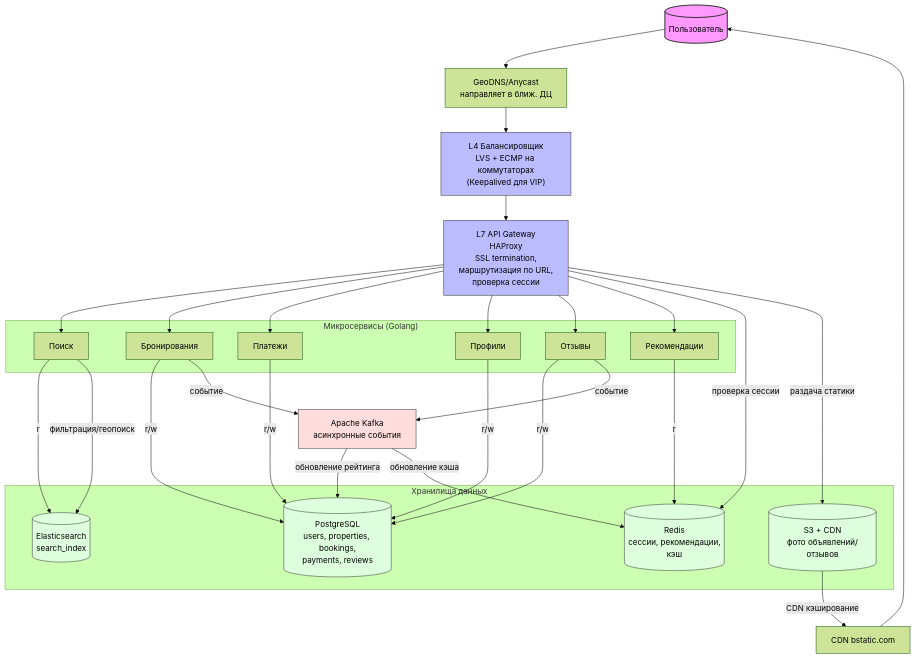
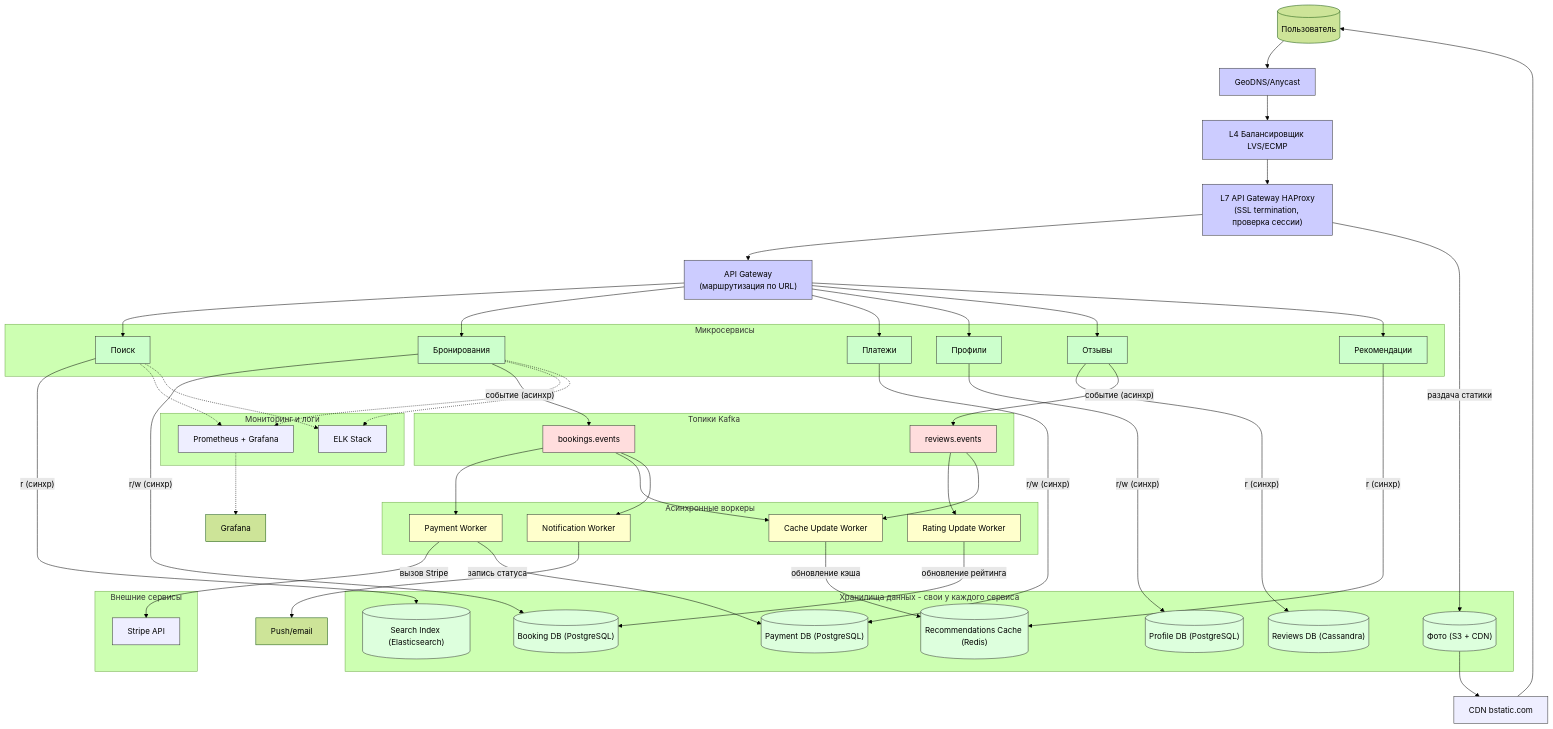
The third of 3 diagrams in README.md (1maryam2/vk_education_highload), drawn with Mermaid (forest theme) before and after one commit.

````diff
--- a/README.md
+++ b/README.md
@@ -727,62 +727,104 @@
 ```mermaid
 graph TD
     User[("Пользователь")]
-    GeoDNS["GeoDNS/Anycast<br>направляет в ближ. ДЦ"]
-    L4Balancer["L4 Балансировщик<br>LVS + ECMP на коммутаторах<br>(Keepalived для VIP)"]
-    L7Gateway["L7 API Gateway<br>HAProxy<br>SSL termination,<br> маршрутизация по URL,<br> проверка сессии"]
-    
-    subgraph "Микросервисы (Golang)"
-        SearchSvc[Поиск]
-        BookingSvc[Бронирования]
-        PaymentSvc[Платежи]
-        ProfileSvc[Профили]
-        ReviewSvc[Отзывы]
-        RecSvc[Рекомендации]
+    GeoDNS["GeoDNS/Anycast"]
+    L4Balancer["L4 Балансировщик LVS/ECMP"]
+    HAProxy["L7 API Gateway HAProxy<br>(SSL termination, проверка сессии)"]
+    ApiGateway["API Gateway<br>(маршрутизация по URL)"]
+
+    subgraph Microservices[Микросервисы]
+        SearchSvc["Поиск"]
+        BookingSvc["Бронирования"]
+        PaymentSvc["Платежи"]
+        ProfileSvc["Профили"]
+        ReviewSvc["Отзывы"]
+        RecSvc["Рекомендации"]
     end
 
-    subgraph "Хранилища данных"
-        Pg[(PostgreSQL<br>users, properties, bookings,<br>payments, reviews)]
-        Es[(Elasticsearch<br>search_index)]
-        Redis[(Redis<br>сессии, рекомендации,<br> кэш)]
-        S3[(S3 + CDN<br>фото объявлений/отзывов)]
+    subgraph Workers[Асинхронные воркеры]
+        RatingWorker["Rating Update Worker"]
+        PaymentWorker["Payment Worker"]
+        CacheWorker["Cache Update Worker"]
+        NotificationWorker["Notification Worker"]
     end
 
-    Kafka[Apache Kafka<br>асинхронные события]
+    subgraph KafkaTopics[Топики Kafka]
+        TopicReviews["reviews.events"]
+        TopicBookings["bookings.events"]
+    end
 
-    User --> GeoDNS
-    GeoDNS --> L4Balancer
-    L4Balancer --> L7Gateway
-    L7Gateway --> SearchSvc
-    L7Gateway --> BookingSvc
-    L7Gateway --> PaymentSvc
-    L7Gateway --> ProfileSvc
-    L7Gateway --> ReviewSvc
-    L7Gateway --> RecSvc
+    subgraph External[Внешние сервисы]
+        Stripe["Stripe API"]
+    end
 
-    SearchSvc -- r --> Es
-    BookingSvc -- r/w --> Pg
-    PaymentSvc -- r/w --> Pg
-    ProfileSvc -- r/w --> Pg
-    ReviewSvc -- r/w --> Pg
-    RecSvc -- r --> Redis
+    subgraph Observability[Мониторинг и логи]
+        Prometheus["Prometheus + Grafana"]
+        ELK["ELK Stack"]
+    end
 
-    ReviewSvc -- событие --> Kafka
-    BookingSvc -- событие --> Kafka
-    Kafka -- обновление рейтинга --> Pg
-    Kafka -- обновление кэша --> Redis
+    subgraph Storage[Хранилища данных - свои у каждого сервиса]
+        DB_Booking[("Booking DB (PostgreSQL)")]
+        DB_Payment[("Payment DB (PostgreSQL)")]
+        DB_Profile[("Profile DB (PostgreSQL)")]
+        DB_Reviews[("Reviews DB (Cassandra)")]
+        DB_Search[("Search Index (Elasticsearch)")]
+        DB_Rec[("Recommendations Cache (Redis)")]
+        S3[("Фото (S3 + CDN)")]
+    end
 
-    SearchSvc -- фильтрация/геопоиск --> Es
-    L7Gateway -- проверка сессии --> Redis
-    L7Gateway -- раздача статики --> S3
-    S3 -- CDN кэширование --> CDN[CDN bstatic.com]
+    CDN[CDN bstatic.com]
+
+    User --> GeoDNS --> L4Balancer --> HAProxy --> ApiGateway
+
+    ApiGateway --> SearchSvc
+    ApiGateway --> BookingSvc
+    ApiGateway --> PaymentSvc
+    ApiGateway --> ProfileSvc
+    ApiGateway --> ReviewSvc
+    ApiGateway --> RecSvc
+
+    SearchSvc -- "r (синхр)" --> DB_Search
+    BookingSvc -- "r/w (синхр)" --> DB_Booking
+    PaymentSvc -- "r/w (синхр)" --> DB_Payment
+    ProfileSvc -- "r/w (синхр)" --> DB_Profile
+    ReviewSvc -- "r (синхр)" --> DB_Reviews
+    RecSvc -- "r (синхр)" --> DB_Rec
+
+    ReviewSvc -- "событие (асинхр)" --> TopicReviews
+    BookingSvc -- "событие (асинхр)" --> TopicBookings
+
+    TopicReviews --> RatingWorker
+    TopicReviews --> CacheWorker
+    TopicBookings --> PaymentWorker
+    TopicBookings --> CacheWorker
+    TopicBookings --> NotificationWorker
+
+    RatingWorker -- "обновление рейтинга" --> DB_Booking
+    PaymentWorker -- "вызов Stripe" --> Stripe
+    PaymentWorker -- "запись статуса" --> DB_Payment
+    CacheWorker -- "обновление кэша" --> DB_Rec
+    NotificationWorker --> ExternalPush[Push/email]
+
+    HAProxy -- "раздача статики" --> S3
+    S3 --> CDN
     CDN --> User
 
-    style User fill:#f9f,stroke:#333,stroke-width:2px
-    style L4Balancer fill:#bbf,stroke:#333
-    style L7Gateway fill:#bbf,stroke:#333
-    style Pg fill:#dfd,stroke:#333
-    style Es fill:#dfd,stroke:#333
-    style Redis fill:#dfd,stroke:#333
-    style S3 fill:#dfd,stroke:#333
-    style Kafka fill:#fdd,stroke:#333
+    SearchSvc -.-> Prometheus
+    BookingSvc -.-> Prometheus
+    Prometheus -.-> Grafana
+    SearchSvc -.-> ELK
+    BookingSvc -.-> ELK
+
+    classDef routing fill:#ccf,stroke:#333
+    class ApiGateway,HAProxy,L4Balancer,GeoDNS routing
+    classDef ms fill:#cfc,stroke:#333
+    class SearchSvc,BookingSvc,PaymentSvc,ProfileSvc,ReviewSvc,RecSvc ms
+    classDef store fill:#dfd,stroke:#333
+    class DB_Booking,DB_Payment,DB_Profile,DB_Reviews,DB_Search,DB_Rec,S3 store
+    classDef async fill:#fdd,stroke:#333
+    class TopicReviews,TopicBookings async
+    classDef worker fill:#ffc,stroke:#333
+    class RatingWorker,PaymentWorker,CacheWorker,NotificationWorker worker
+    classDef external fill:#eef,stroke:#333
+    class Stripe,Prometheus,ELK,CDN external
 ```
````
